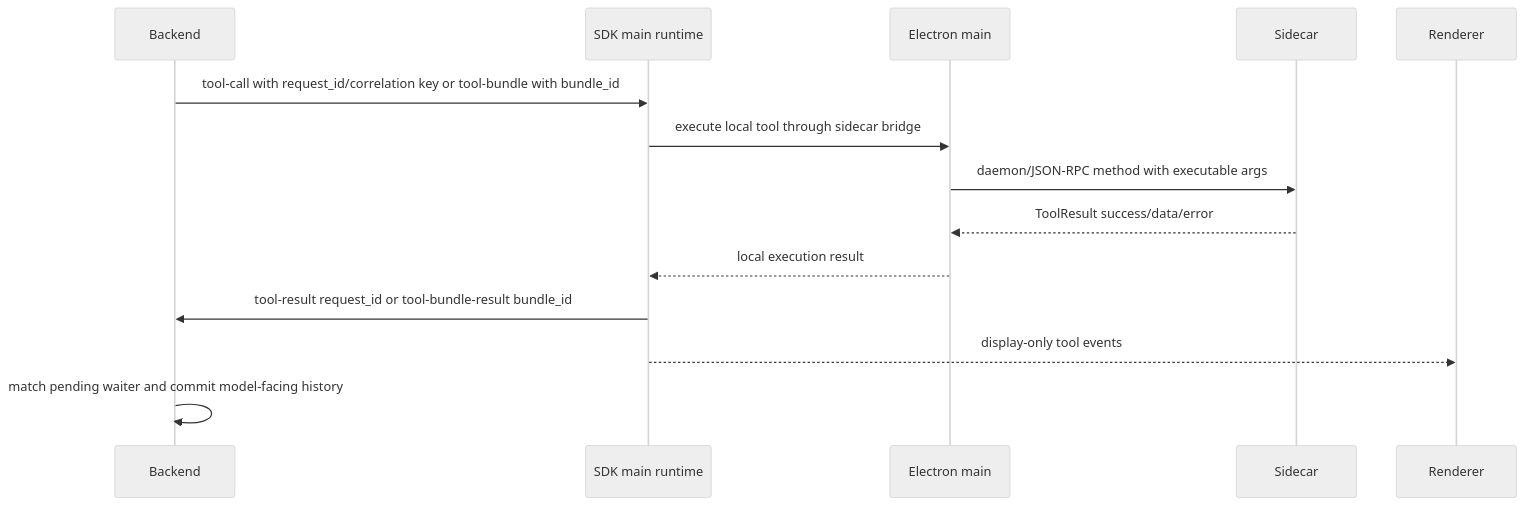
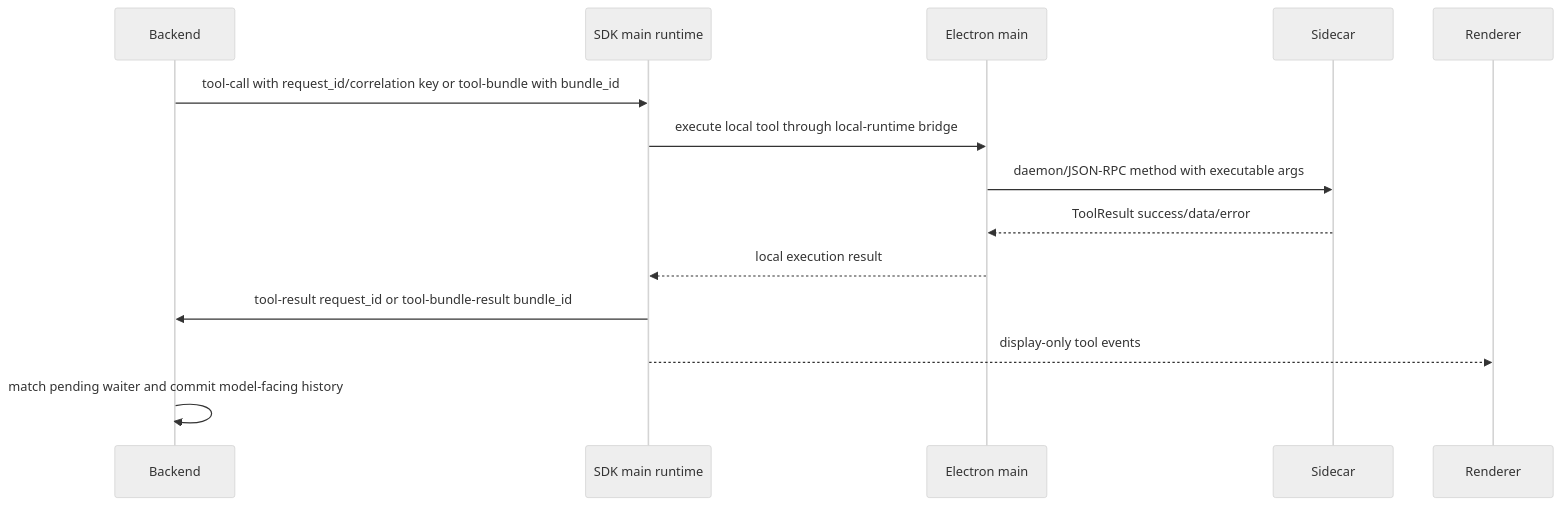
The second of 2 diagrams in docs/reference/session_and_transcript_reference.md (buiilding/My_Own_OpenClaw), drawn with Mermaid (neutral theme) before and after one commit. The commit also changed 15 other files, not shown here.

First line of the commit message:
docs(frontend): use local runtime bridge wording

````diff
--- a/docs/reference/session_and_transcript_reference.md
+++ b/docs/reference/session_and_transcript_reference.md
@@ -86,15 +86,15 @@
 ```mermaid
 sequenceDiagram
   participant Backend
   participant SDK as SDK main runtime
   participant Main as Electron main
   participant Sidecar
   Backend->>SDK: tool-call with request_id/correlation key or tool-bundle with bundle_id
-  SDK->>Main: execute local tool through sidecar bridge
+  SDK->>Main: execute local tool through local-runtime bridge
   Main->>Sidecar: daemon/JSON-RPC method with executable args
   Sidecar-->>Main: ToolResult success/data/error
   Main-->>SDK: local execution result
   SDK->>Backend: tool-result request_id or tool-bundle-result bundle_id
   SDK-->>Renderer: display-only tool events
   Backend->>Backend: match pending waiter and commit model-facing history
 ```
````
